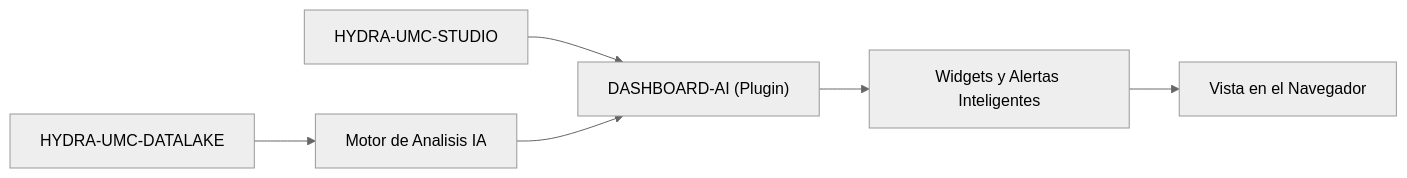
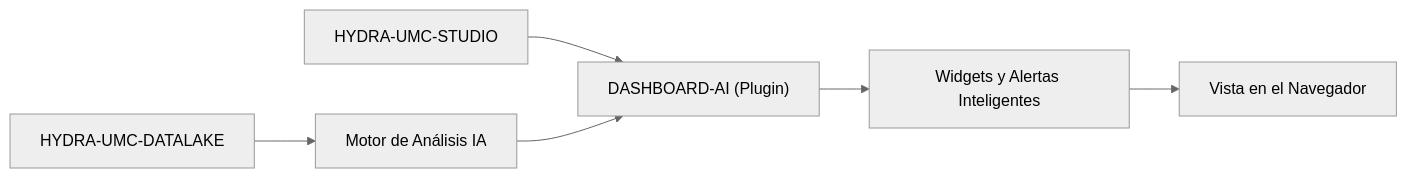
Before and after one commit to JuanenRac/HYDRA-UMC-DASHBOARD-AI: the diagram in README_spa.md, drawn with Mermaid (neutral theme). The commit also changed other lines of this file, not shown here.

````diff
--- a/README_spa.md
+++ b/README_spa.md
@@ -38,8 +38,8 @@
 ```mermaid
 flowchart LR
     STUDIO["HYDRA-UMC-STUDIO"] --> DASH_AI["DASHBOARD-AI (Plugin)"]
-    LAKE["HYDRA-UMC-DATALAKE"] --> ANALY["Motor de Analisis IA"]
+    LAKE["HYDRA-UMC-DATALAKE"] --> ANALY["Motor de Análisis IA"]
     ANALY --> DASH_AI
     DASH_AI --> INSIGHTS["Widgets y Alertas Inteligentes"]
     INSIGHTS --> OPERATOR["Vista en el Navegador"]
 ```
````
